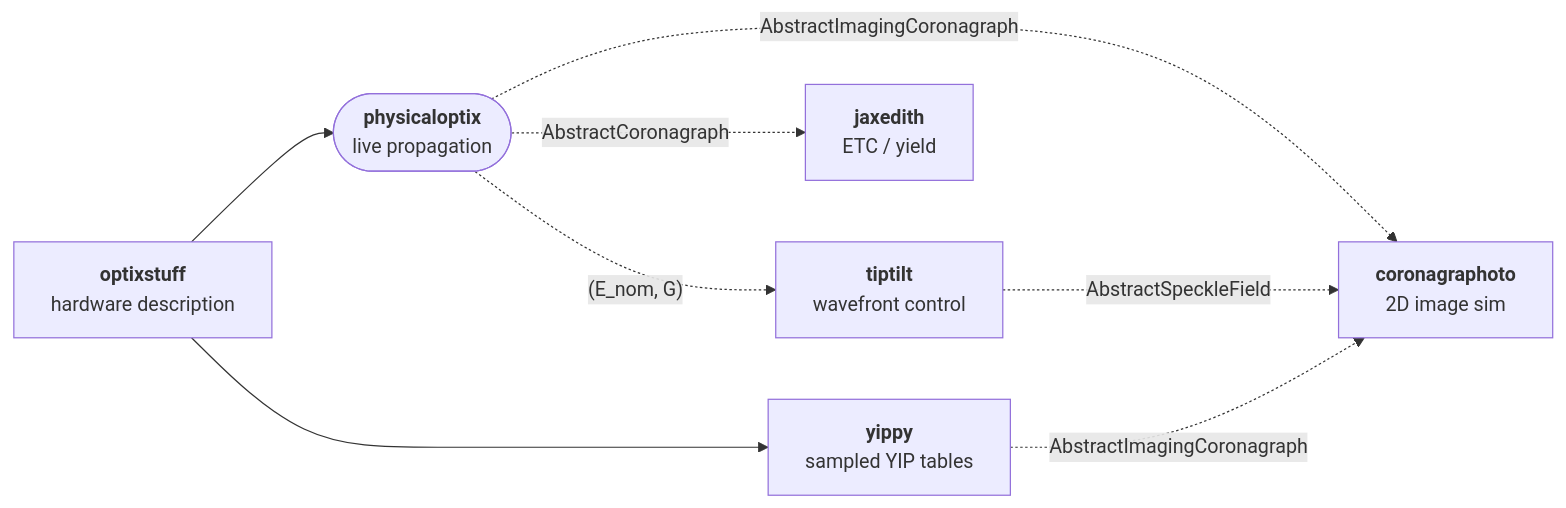
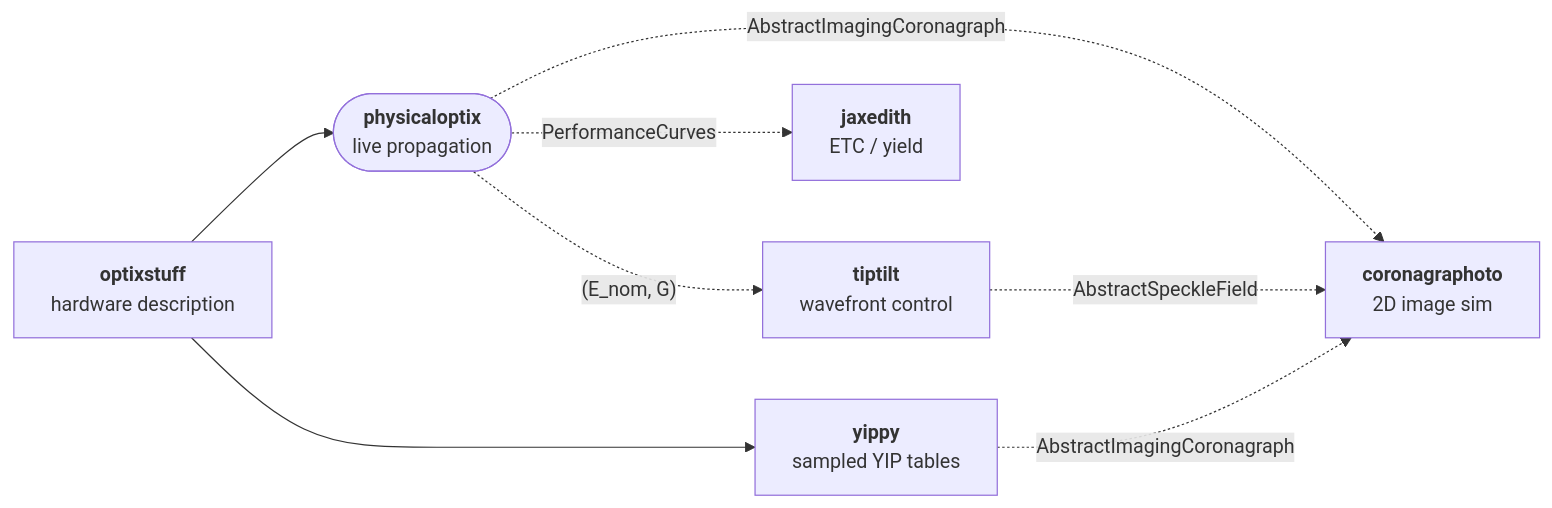
Before and after one commit to CoreySpohn/physicaloptix: the diagram in docs/index.md, drawn with Mermaid. The commit also changed 3 other files, not shown here.

Commit message:
docs: jaxedith consumes performance curves

````diff
--- a/docs/index.md
+++ b/docs/index.md
@@ -61,17 +61,17 @@
 ```mermaid
 flowchart LR
     opt["<b>optixstuff</b><br/>hardware description"]
     po(["<b>physicaloptix</b><br/>live propagation"])
     yip["<b>yippy</b><br/>sampled YIP tables"]
     tip["<b>tiptilt</b><br/>wavefront control"]
     cor["<b>coronagraphoto</b><br/>2D image sim"]
     jed["<b>jaxedith</b><br/>ETC / yield"]
 
     opt --> po
     opt --> yip
     po -.AbstractImagingCoronagraph.-> cor
     yip -.AbstractImagingCoronagraph.-> cor
-    po -.AbstractCoronagraph.-> jed
+    po -.PerformanceCurves.-> jed
     po -."(E_nom, G)".-> tip
     tip -.AbstractSpeckleField.-> cor
 ```
````
